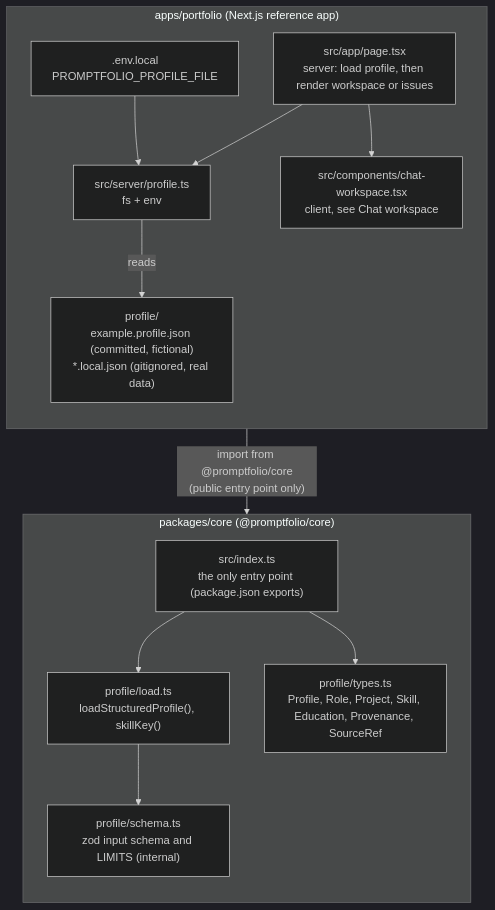
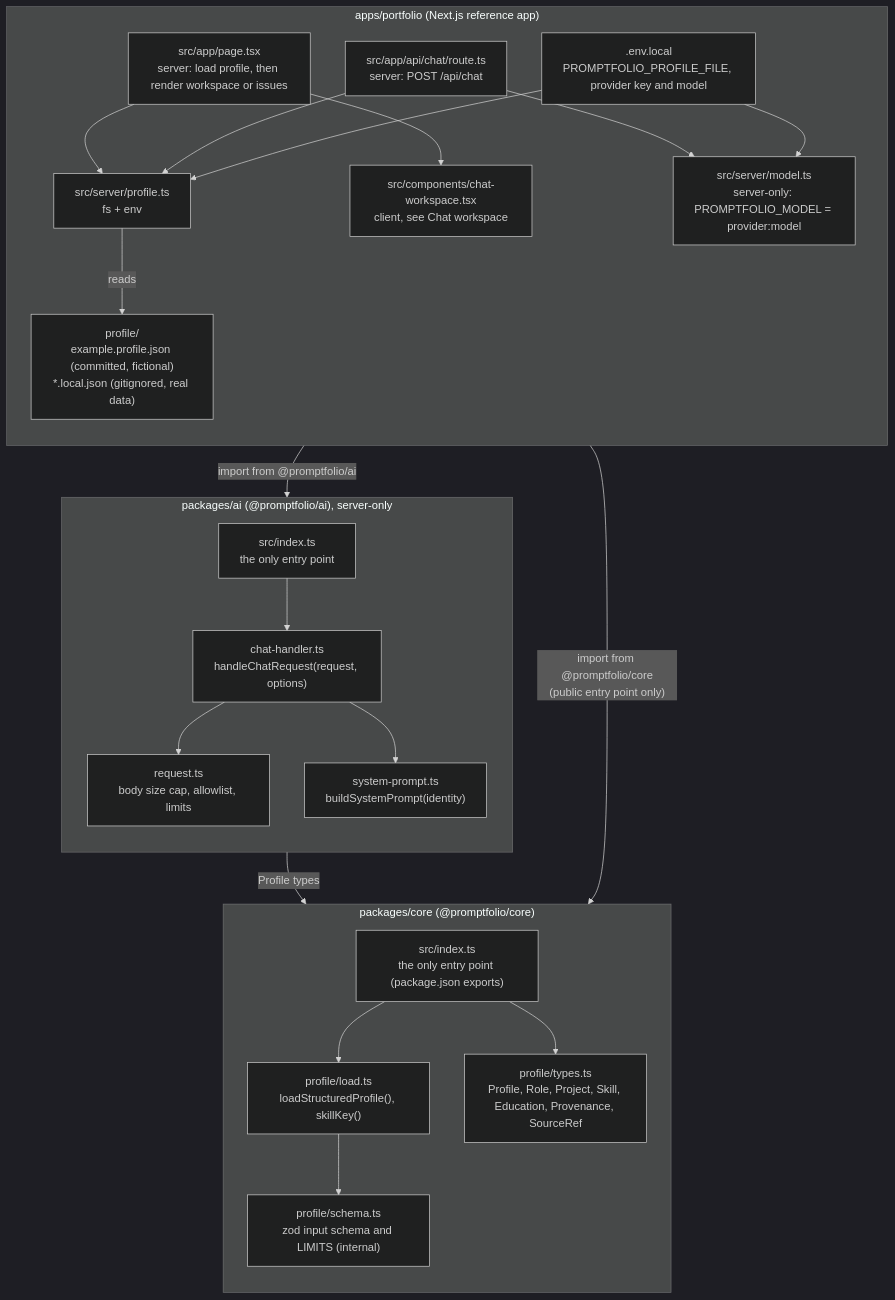
Before and after one commit to promptfolios/promptfolio: the first of 5 diagrams in docs/ARCHITECTURE.md, drawn with Mermaid (dark theme). The commit also changed other lines of this file and 5 other files, not shown here.

First line of the commit message:
docs: document the M4 chat route and accept ADR 0003

````diff
--- a/docs/ARCHITECTURE.md
+++ b/docs/ARCHITECTURE.md
@@ -9,28 +9,46 @@
 ```mermaid
 flowchart TB
     subgraph app["apps/portfolio (Next.js reference app)"]
         direction TB
-        env[".env.local<br/>PROMPTFOLIO_PROFILE_FILE"]
+        env[".env.local<br/>PROMPTFOLIO_PROFILE_FILE, provider key and model"]
         files["profile/<br/>example.profile.json (committed, fictional)<br/>*.local.json (gitignored, real data)"]
         page["src/app/page.tsx<br/>server: load profile, then render workspace or issues"]
+        route["src/app/api/chat/route.ts<br/>server: POST /api/chat"]
         serverProfile["src/server/profile.ts<br/>fs + env"]
+        serverModel["src/server/model.ts<br/>server-only: PROMPTFOLIO_MODEL = provider:model"]
         workspace["src/components/chat-workspace.tsx<br/>client, see Chat workspace"]
         page --> serverProfile
         page --> workspace
+        route --> serverProfile
+        route --> serverModel
         env --> serverProfile
+        env --> serverModel
         serverProfile -- reads --> files
+    end
+
+    subgraph aipkg["packages/ai (@promptfolio/ai), server-only"]
+        direction TB
+        aiIndex["src/index.ts<br/>the only entry point"]
+        handler["chat-handler.ts<br/>handleChatRequest(request, options)"]
+        request["request.ts<br/>body size cap, allowlist, limits"]
+        prompt["system-prompt.ts<br/>buildSystemPrompt(identity)"]
+        aiIndex --> handler
+        handler --> request
+        handler --> prompt
     end
 
     subgraph core["packages/core (@promptfolio/core)"]
         direction TB
         index["src/index.ts<br/>the only entry point (package.json exports)"]
         load["profile/load.ts<br/>loadStructuredProfile(), skillKey()"]
         schema["profile/schema.ts<br/>zod input schema and LIMITS (internal)"]
         types["profile/types.ts<br/>Profile, Role, Project, Skill, Education, Provenance, SourceRef"]
         index --> load
         index --> types
         load --> schema
     end
 
     app -- "import from @promptfolio/core<br/>(public entry point only)" --> index
+    route -- "import from @promptfolio/ai" --> aiIndex
+    aipkg -- "Profile types" --> index
 ```
````
